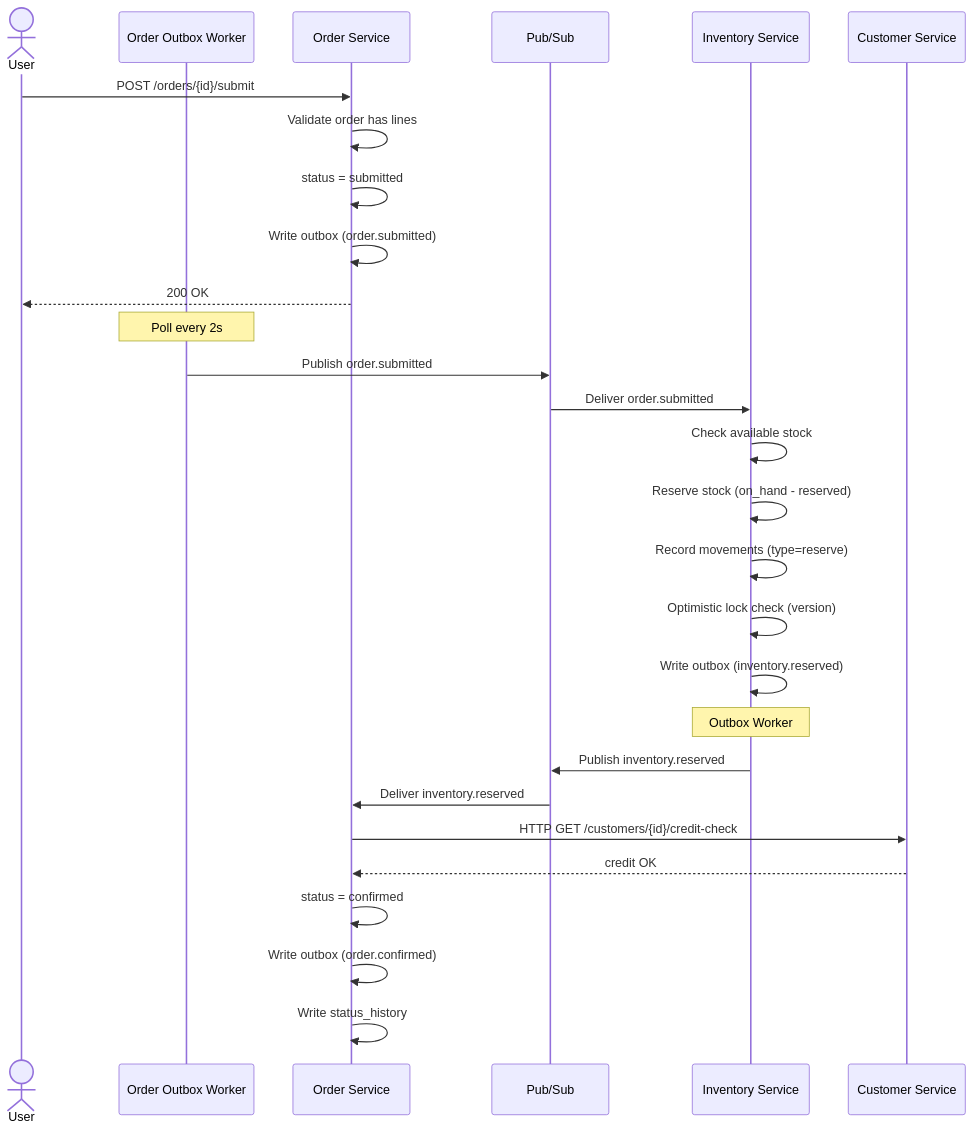
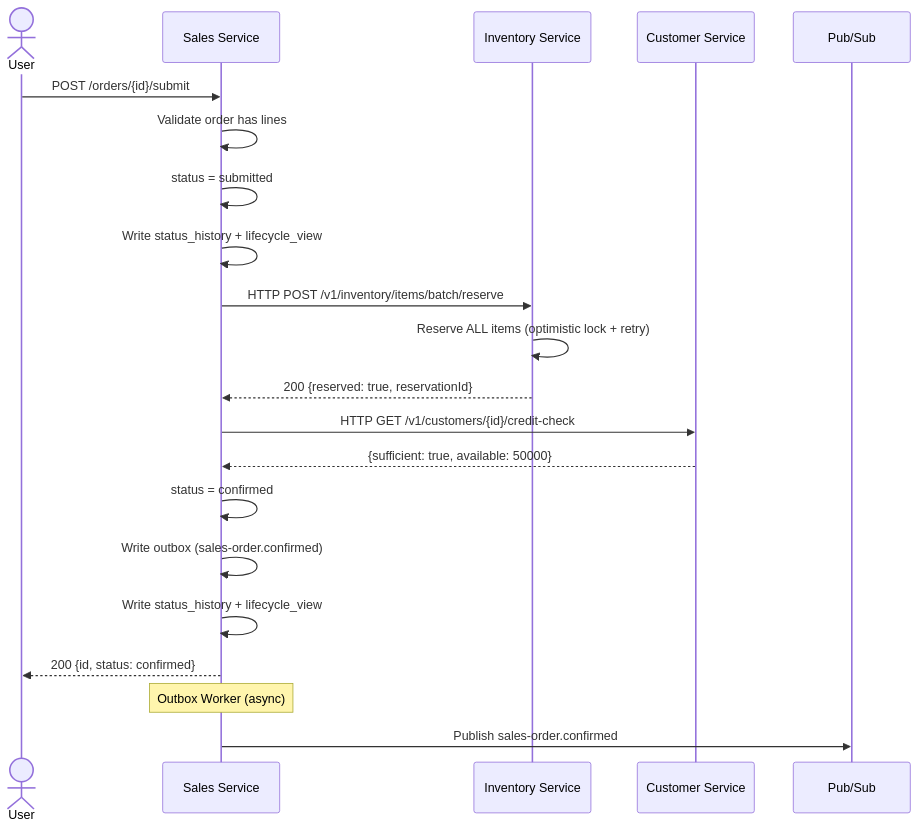
The second of 5 diagrams in docs/architecture/event-flows.md (ndmthuan97/ERP-Prototype-Example), drawn with Mermaid before and after one commit. The commit also changed other lines of this file and 160 other files, not shown here.

Commit message:
feat: initialize ERP prototype project architecture, backend microservices, and frontend foundations with extensive documentation

````diff
--- a/docs/architecture/event-flows.md
+++ b/docs/architecture/event-flows.md
@@ -279,36 +304,28 @@
 ```mermaid
 sequenceDiagram
     actor User
-    participant OW as Order Outbox Worker
-    participant Order as Order Service
+    participant SO as Sales Service
+    participant INV as Inventory Service
+    participant CUS as Customer Service
     participant PS as Pub/Sub
-    participant Inv as Inventory Service
-    participant Cust as Customer Service
 
-    User->>Order: POST /orders/{id}/submit
-    Order->>Order: Validate order has lines
-    Order->>Order: status = submitted
-    Order->>Order: Write outbox (order.submitted)
-    Order-->>User: 200 OK
+    User->>SO: POST /orders/{id}/submit
+    SO->>SO: Validate order has lines
+    SO->>SO: status = submitted
+    SO->>SO: Write status_history + lifecycle_view
 
-    Note over OW: Poll every 2s
-    OW->>PS: Publish order.submitted
+    SO->>INV: HTTP POST /v1/inventory/items/batch/reserve
+    INV->>INV: Reserve ALL items (optimistic lock + retry)
+    INV-->>SO: 200 {reserved: true, reservationId}
 
-    PS->>Inv: Deliver order.submitted
-    Inv->>Inv: Check available stock
-    Inv->>Inv: Reserve stock (on_hand - reserved)
-    Inv->>Inv: Record movements (type=reserve)
-    Inv->>Inv: Optimistic lock check (version)
-    Inv->>Inv: Write outbox (inventory.reserved)
+    SO->>CUS: HTTP GET /v1/customers/{id}/credit-check
+    CUS-->>SO: {sufficient: true, available: 50000}
 
-    Note over Inv: Outbox Worker
-    Inv->>PS: Publish inventory.reserved
+    SO->>SO: status = confirmed
+    SO->>SO: Write outbox (sales-order.confirmed)
+    SO->>SO: Write status_history + lifecycle_view
+    SO-->>User: 200 {id, status: confirmed}
 
-    PS->>Order: Deliver inventory.reserved
-    Order->>Cust: HTTP GET /customers/{id}/credit-check
-    Cust-->>Order: credit OK
-
-    Order->>Order: status = confirmed
-    Order->>Order: Write outbox (order.confirmed)
-    Order->>Order: Write status_history
+    Note over SO: Outbox Worker (async)
+    SO->>PS: Publish sales-order.confirmed
 ```
````
